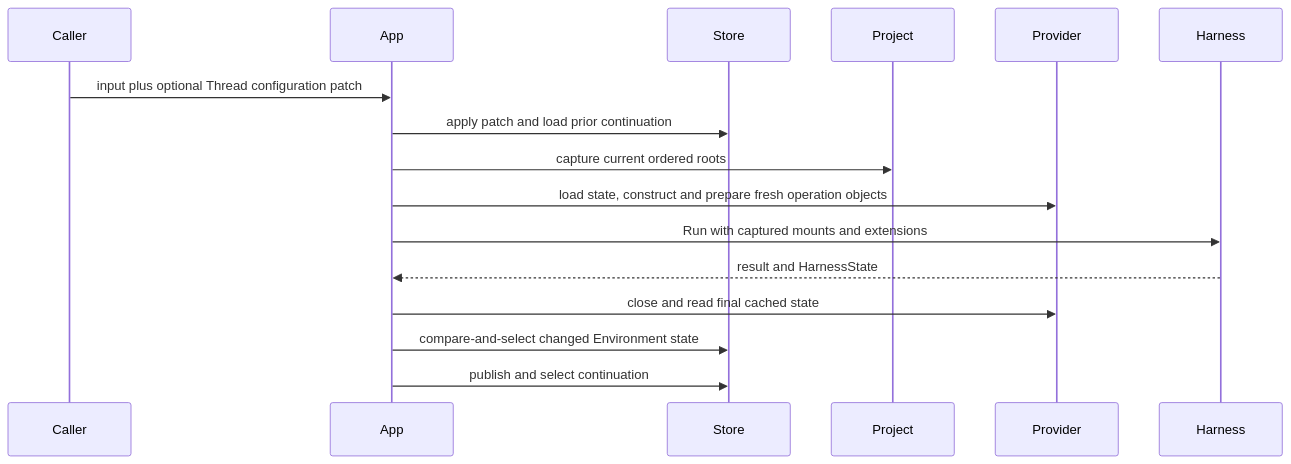
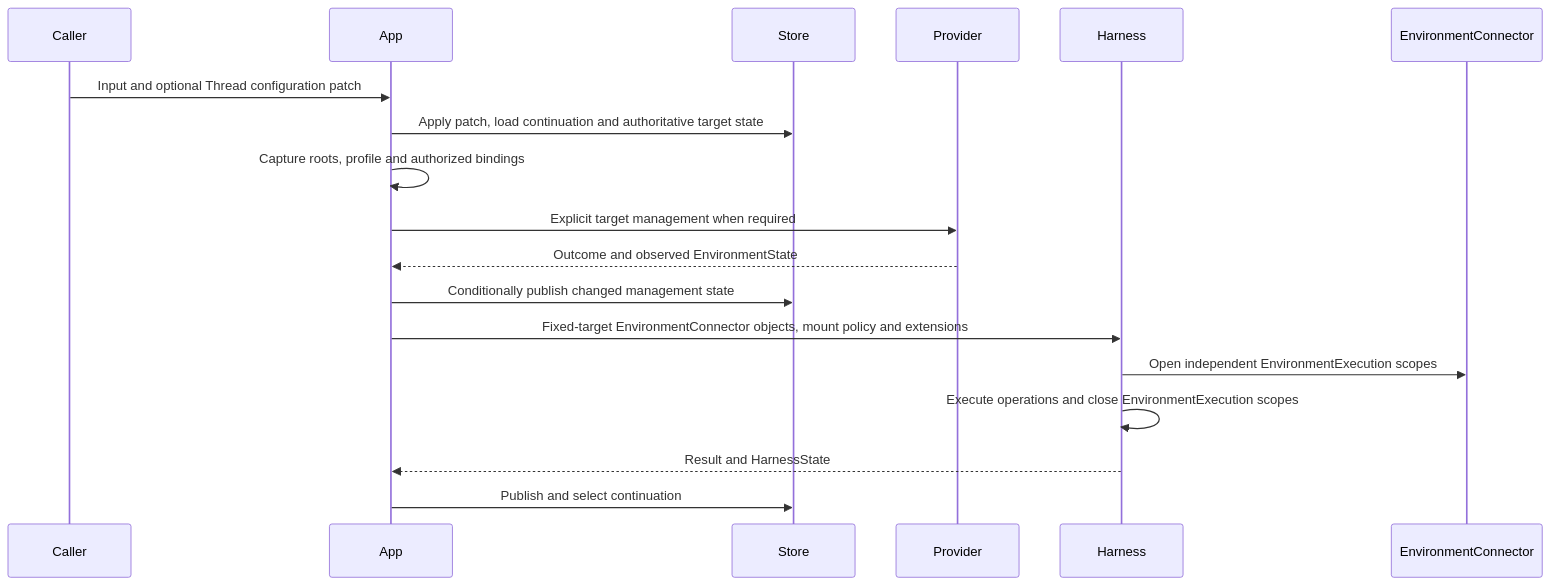
One commit to converge-ai-labs/agent-foundation changed the diagram in spec/a13n-harness-ui/04-projects-threads-and-environments.md. Above: the diagram before and after it, drawn with Mermaid. The commit also changed other lines of this file and 37 other files, not shown here.

````diff
--- a/spec/a13n-harness-ui/04-projects-threads-and-environments.md
+++ b/spec/a13n-harness-ui/04-projects-threads-and-environments.md
@@ -272,19 +272,20 @@
 ```mermaid
 sequenceDiagram
     participant Caller
     participant App
     participant Store
-    participant Project
     participant Provider
     participant Harness
-
-    Caller->>App: input plus optional Thread configuration patch
-    App->>Store: apply patch and load prior continuation
-    App->>Project: capture current ordered roots
-    App->>Provider: load state, construct and prepare fresh operation objects
-    App->>Harness: Run with captured mounts and extensions
-    Harness-->>App: result and HarnessState
-    App->>Provider: close and read final cached state
-    App->>Store: compare-and-select changed Environment state
-    App->>Store: publish and select continuation
+    participant Connector as EnvironmentConnector
+    Caller->>App: Input and optional Thread configuration patch
+    App->>Store: Apply patch, load continuation and authoritative target state
+    App->>App: Capture roots, profile and authorized bindings
+    App->>Provider: Explicit target management when required
+    Provider-->>App: Outcome and observed EnvironmentState
+    App->>Store: Conditionally publish changed management state
+    App->>Harness: Fixed-target EnvironmentConnector objects, mount policy and extensions
+    Harness->>Connector: Open independent EnvironmentExecution scopes
+    Harness->>Harness: Execute operations and close EnvironmentExecution scopes
+    Harness-->>App: Result and HarnessState
+    App->>Store: Publish and select continuation
 ```
````
